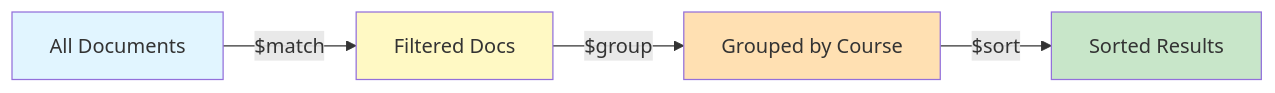
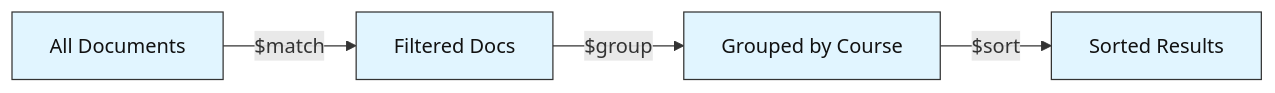
Before and after one commit to CogKnowEdge-Solutions/Context-Memory-Layer: the first of 3 diagrams in MongoDB-Labs/Lab 1 - MongoDB Query Mastery/lab-1-mongodb-query-mastery.md, drawn with Mermaid. The commit also changed other lines of this file and 6 other files, not shown here.

````diff
--- a/MongoDB-Labs/Lab 1 - MongoDB Query Mastery/lab-1-mongodb-query-mastery.md
+++ b/MongoDB-Labs/Lab 1 - MongoDB Query Mastery/lab-1-mongodb-query-mastery.md
@@ -52,11 +52,11 @@
 ```mermaid
 graph LR
     A["All Documents"] -->|"$match"| B["Filtered Docs"]
     B -->|"$group"| C["Grouped by Course"]
     C -->|"$sort"| D["Sorted Results"]
 
-    style A fill:#e1f5ff
-    style B fill:#fff9c4
-    style C fill:#ffe0b2
-    style D fill:#c8e6c9
+    style A fill:#e1f5ff,stroke:#333333,stroke-width:1px,color:#111111
+    style B fill:#e1f5ff,stroke:#333333,stroke-width:1px,color:#111111
+    style C fill:#e1f5ff,stroke:#333333,stroke-width:1px,color:#111111
+    style D fill:#e1f5ff,stroke:#333333,stroke-width:1px,color:#111111
 ```
````
